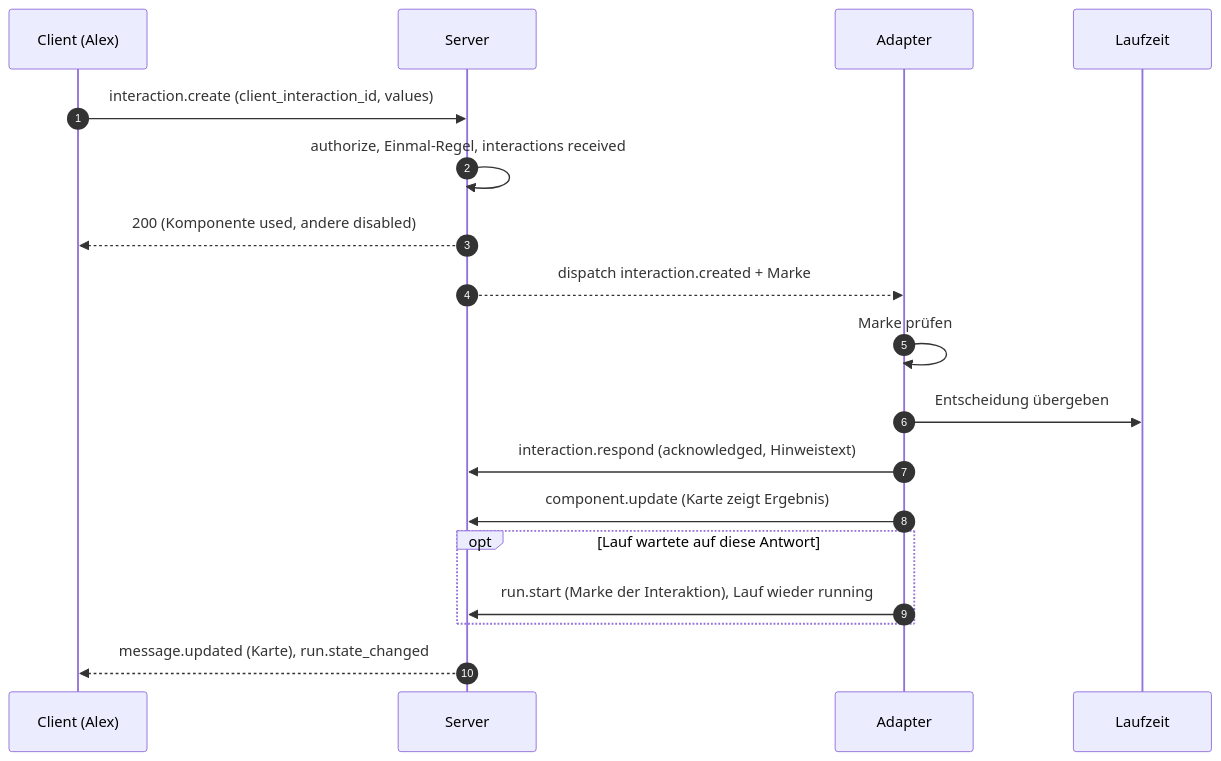
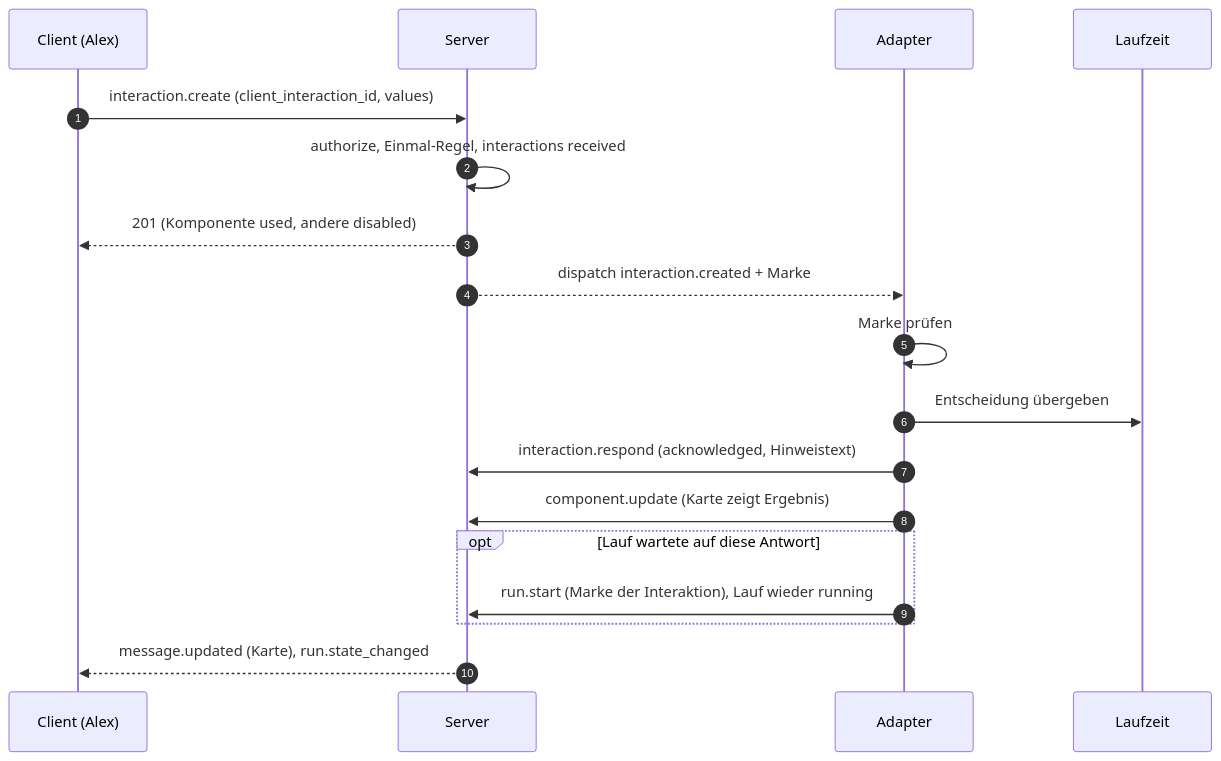
One commit to mguttmann/bothy changed the fifth of 7 diagrams in docs/spec/09-agenten.md. Above: the diagram before and after it, drawn with Mermaid. The commit also changed other lines of this file and 4 other files, not shown here.

````diff
--- a/docs/spec/09-agenten.md
+++ b/docs/spec/09-agenten.md
@@ -1140,20 +1266,20 @@
 ```mermaid
 sequenceDiagram
     autonumber
     participant C as Client (Alex)
     participant S as Server
     participant A as Adapter
     participant L as Laufzeit
     C->>S: interaction.create (client_interaction_id, values)
     S->>S: authorize, Einmal-Regel, interactions received
-    S-->>C: 200 (Komponente used, andere disabled)
+    S-->>C: 201 (Komponente used, andere disabled)
     S-->>A: dispatch interaction.created + Marke
     A->>A: Marke prüfen
     A->>L: Entscheidung übergeben
     A->>S: interaction.respond (acknowledged, Hinweistext)
     A->>S: component.update (Karte zeigt Ergebnis)
     opt Lauf wartete auf diese Antwort
         A->>S: run.start (Marke der Interaktion), Lauf wieder running
     end
     S-->>C: message.updated (Karte), run.state_changed
 ```
````
